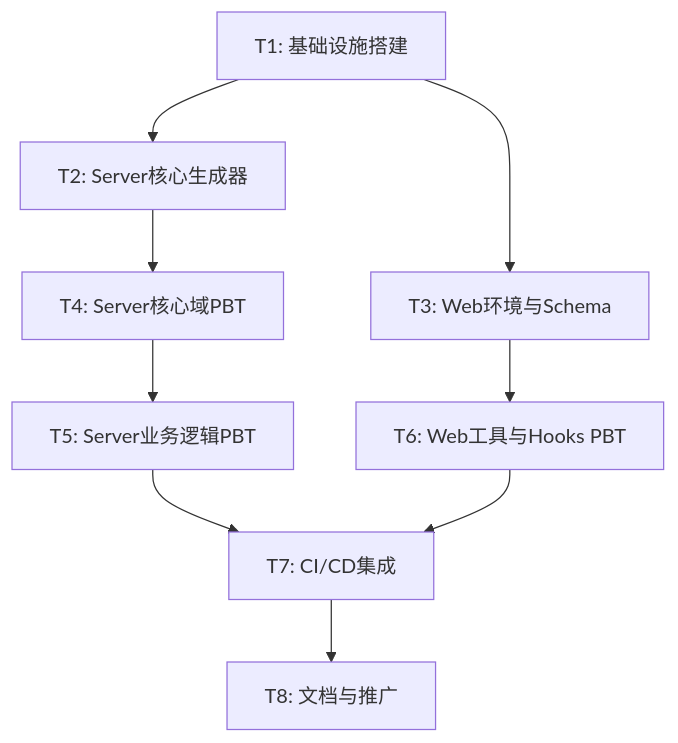
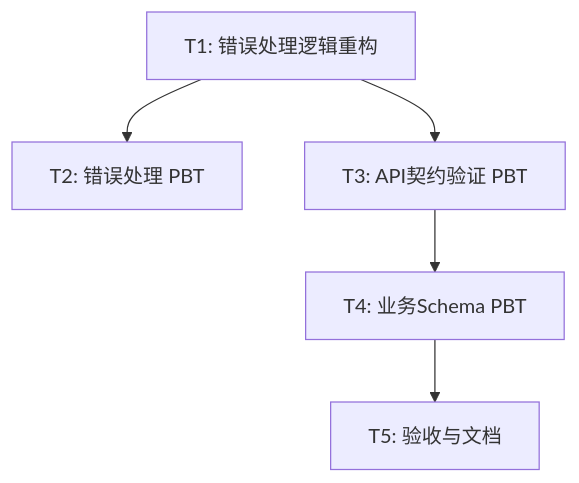
The diagram in attendance-system/docs/属性测试实施/TASK_属性测试实施.md (demo112/atn_server_app_web), drawn with Mermaid before and after one commit. The commit also changed other lines of this file and 32 other files, not shown here.

````diff
--- a/attendance-system/docs/属性测试实施/TASK_属性测试实施.md
+++ b/attendance-system/docs/属性测试实施/TASK_属性测试实施.md
@@ -7,11 +4,7 @@
 ```mermaid
 graph TD
-    T1[T1: 基础设施搭建] --> T2[T2: Server核心生成器]
-    T1 --> T3[T3: Web环境与Schema]
-    T2 --> T4[T4: Server核心域PBT]
-    T4 --> T5[T5: Server业务逻辑PBT]
-    T3 --> T6[T6: Web工具与Hooks PBT]
-    T5 --> T7[T7: CI/CD集成]
-    T6 --> T7
-    T7 --> T8[T8: 文档与推广]
+    T1[T1: 错误处理逻辑重构] --> T2[T2: 错误处理 PBT]
+    T1 --> T3[T3: API契约验证 PBT]
+    T3 --> T4[T4: 业务Schema PBT]
+    T4 --> T5[T5: 验收与文档]
 ```
````
